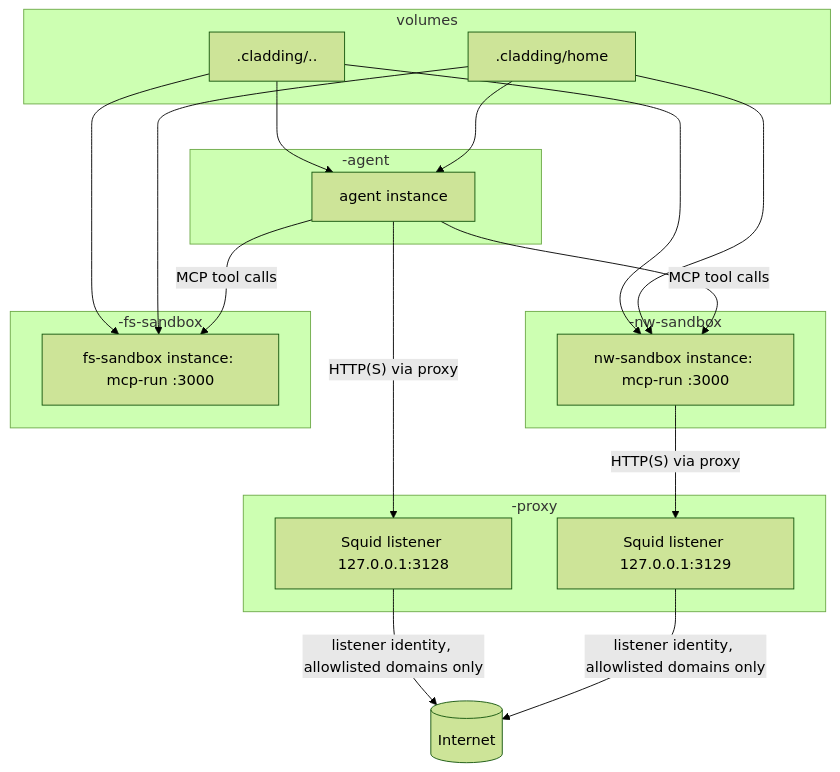
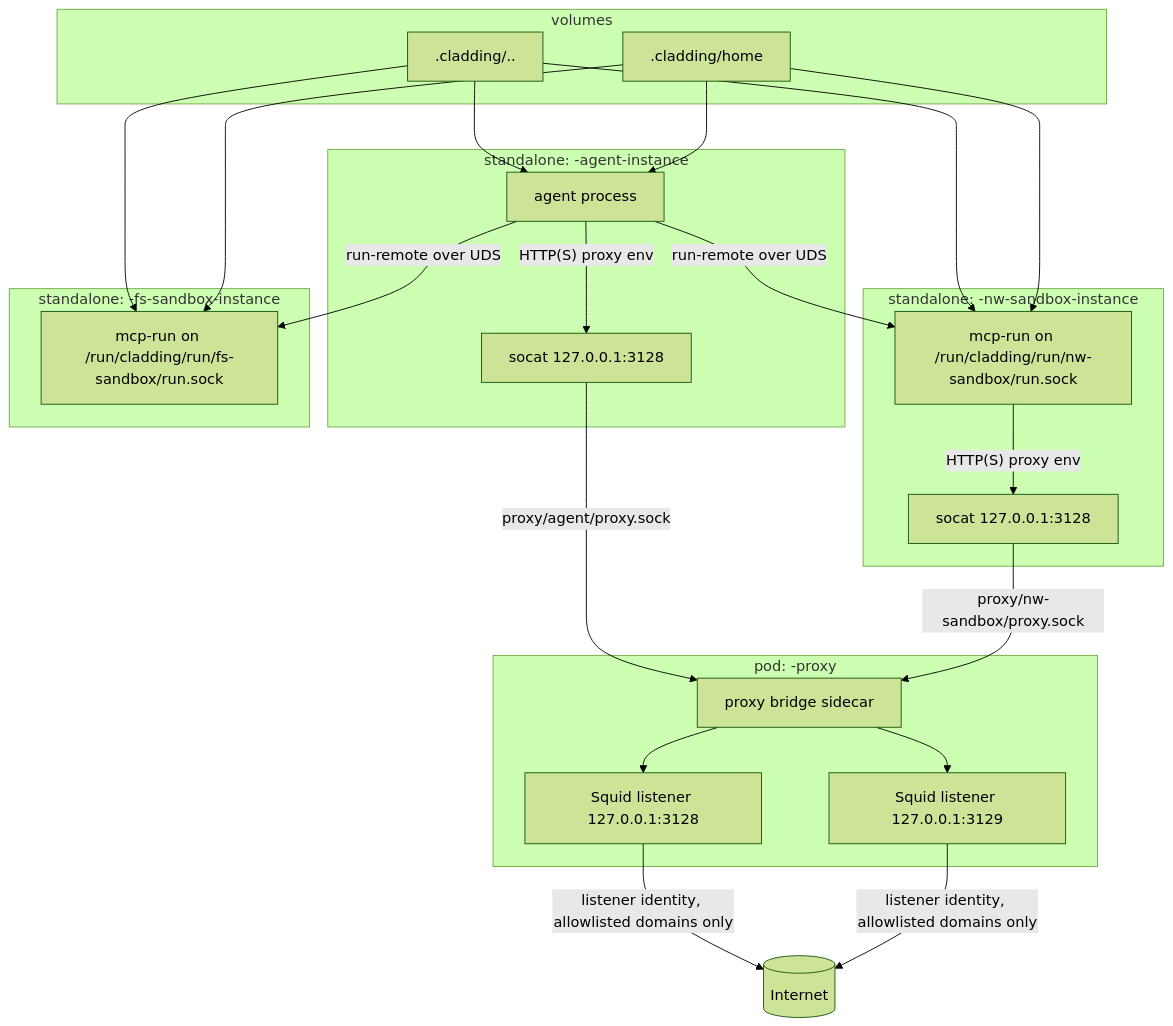
One commit to dstoc/cladding changed the diagram in README.md. Above: the diagram before and after it, drawn with Mermaid (forest theme). The commit also changed other lines of this file, not shown here.

Commit message:
docs: bring README in sync with current implementation

````diff
--- a/README.md
+++ b/README.md
@@ -141,39 +148,46 @@
 ```mermaid
 flowchart TB
-  subgraph C["<name>-agent"]
-    CA[agent instance]
+  subgraph C["standalone: <name>-agent-instance"]
+    CA[agent process]
+    CAP[socat 127.0.0.1:3128]
   end
 
   subgraph H[volumes]
     WS[.cladding/..]
     HOME[.cladding/home]
   end
 
 
-  subgraph S["<name>-nw-sandbox"]
-    SA[nw-sandbox instance: mcp-run :3000]
+  subgraph S["standalone: <name>-nw-sandbox-instance"]
+    SAP[socat 127.0.0.1:3128]
+    SA[mcp-run on /run/cladding/run/nw-sandbox/run.sock]
   end
 
-  subgraph F["<name>-fs-sandbox"]
-    FA[fs-sandbox instance: mcp-run :3000]
+  subgraph F["standalone: <name>-fs-sandbox-instance"]
+    FA[mcp-run on /run/cladding/run/fs-sandbox/run.sock]
   end
 
-  subgraph P["<name>-proxy"]
+  subgraph P["pod: <name>-proxy"]
+    PB[proxy bridge sidecar]
     PX1[Squid listener 127.0.0.1:3128]
     PX2[Squid listener 127.0.0.1:3129]
   end
 
   WS --> CA
   WS --> SA
   WS --> FA
   HOME --> CA
   HOME --> SA
   HOME --> FA
 
-  CA -- MCP tool calls --> SA
-  CA -- MCP tool calls --> FA
-  CA -- HTTP(S) via proxy --> PX1
-  SA -- HTTP(S) via proxy --> PX2
+  CA -- run-remote over UDS --> SA
+  CA -- run-remote over UDS --> FA
+  CA -- HTTP(S) proxy env --> CAP
+  CAP -- proxy/agent/proxy.sock --> PB
+  SAP -- proxy/nw-sandbox/proxy.sock --> PB
+  PB --> PX1
+  PB --> PX2
+  SA -- HTTP(S) proxy env --> SAP
   PX1 -- listener identity, allowlisted domains only --> NET[(Internet)]
   PX2 -- listener identity, allowlisted domains only --> NET
 ```
````
